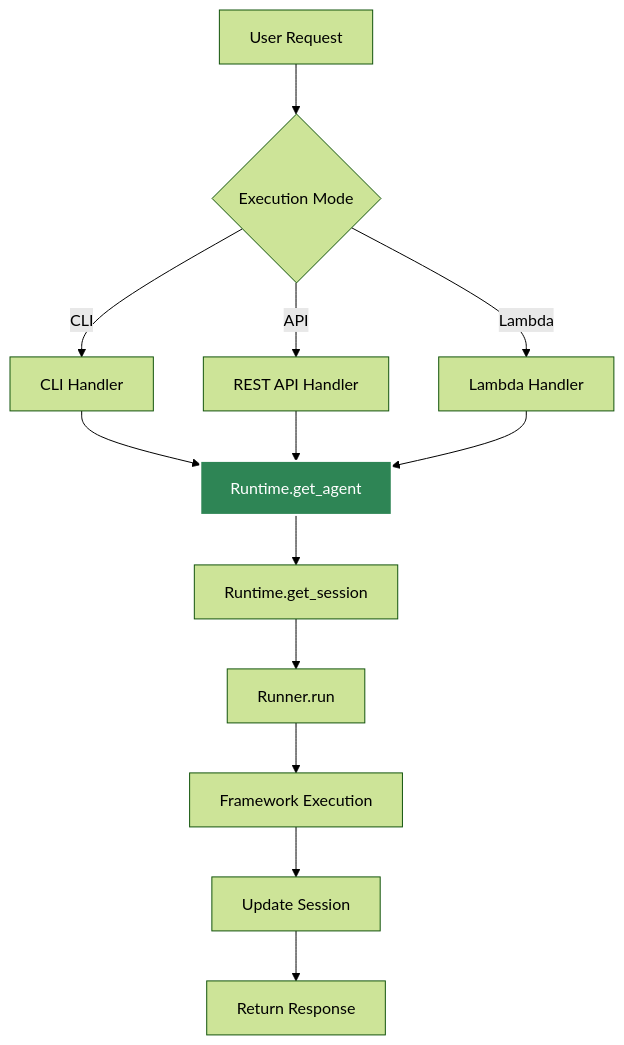
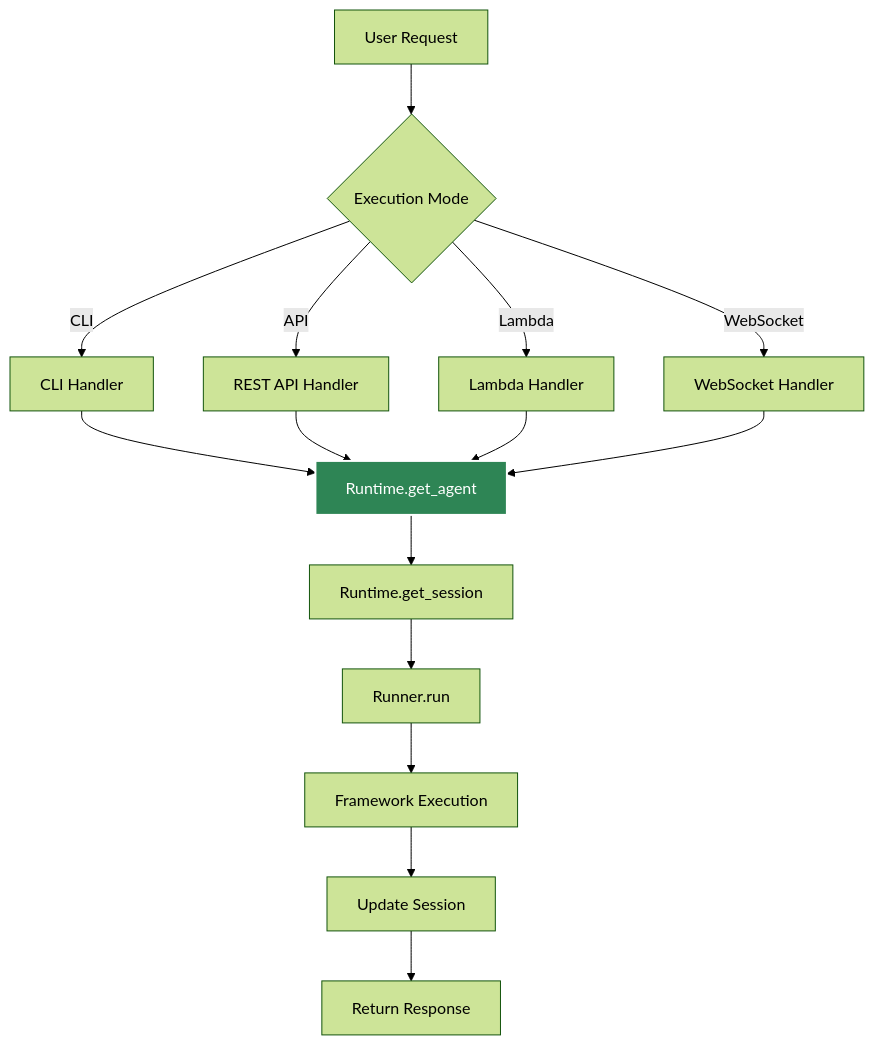
One commit to yaalalabs/agent-kernel changed the first of 2 diagrams in docs/docs/architecture/execution-flow.md. Above: the diagram before and after it, drawn with Mermaid (forest theme). The commit also changed other lines of this file and 5 other files, not shown here.

````diff
--- a/docs/docs/architecture/execution-flow.md
+++ b/docs/docs/architecture/execution-flow.md
@@ -11,19 +11,21 @@
 ```mermaid
 graph TD
     A[User Request] --> B{Execution Mode}
     B -->|CLI| C[CLI Handler]
     B -->|API| D[REST API Handler]
     B -->|Lambda| E[Lambda Handler]
+    B -->|WebSocket| F[WebSocket Handler]
     
-    C --> F[Runtime.get_agent]
-    D --> F
-    E --> F
+    C --> G[Runtime.get_agent]
+    D --> G
+    E --> G
+    F --> G
     
-    F --> G[Runtime.get_session]
-    G --> H[Runner.run]
-    H --> I[Framework Execution]
-    I --> J[Update Session]
-    J --> K[Return Response]
+    G --> H[Runtime.get_session]
+    H --> I[Runner.run]
+    I --> J[Framework Execution]
+    J --> K[Update Session]
+    K --> L[Return Response]
     
-    style F fill:#2e8555,stroke:#fff,stroke-width:2px,color:#fff
+    style G fill:#2e8555,stroke:#fff,stroke-width:2px,color:#fff
 ```
````
